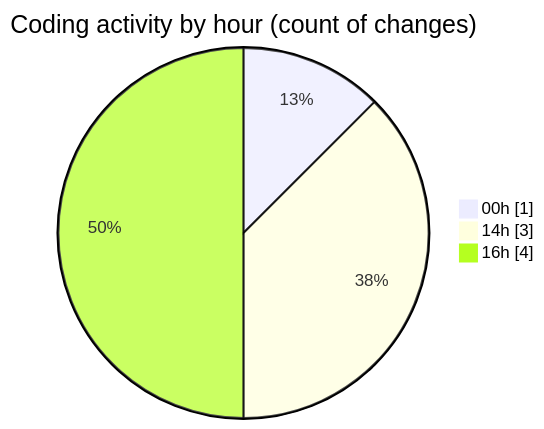
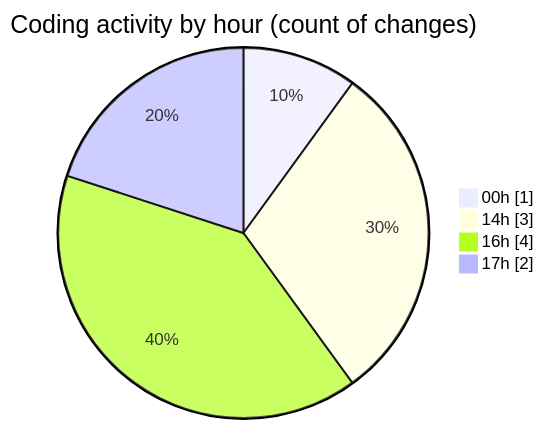
One commit to JenPaints/code-tracking changed the second of 2 diagrams in 2025-06-26/archive/README.md. Above: the diagram before and after it, drawn with Mermaid. The commit also changed other lines of this file and 1 other file, not shown here.

````diff
--- a/2025-06-26/archive/README.md
+++ b/2025-06-26/archive/README.md
@@ -32,7 +32,8 @@
 ```mermaid
 pie showData
 title Coding activity by hour (count of changes)
 "00h" : 1
 "14h" : 3
 "16h" : 4
+"17h" : 2
 ```
````
